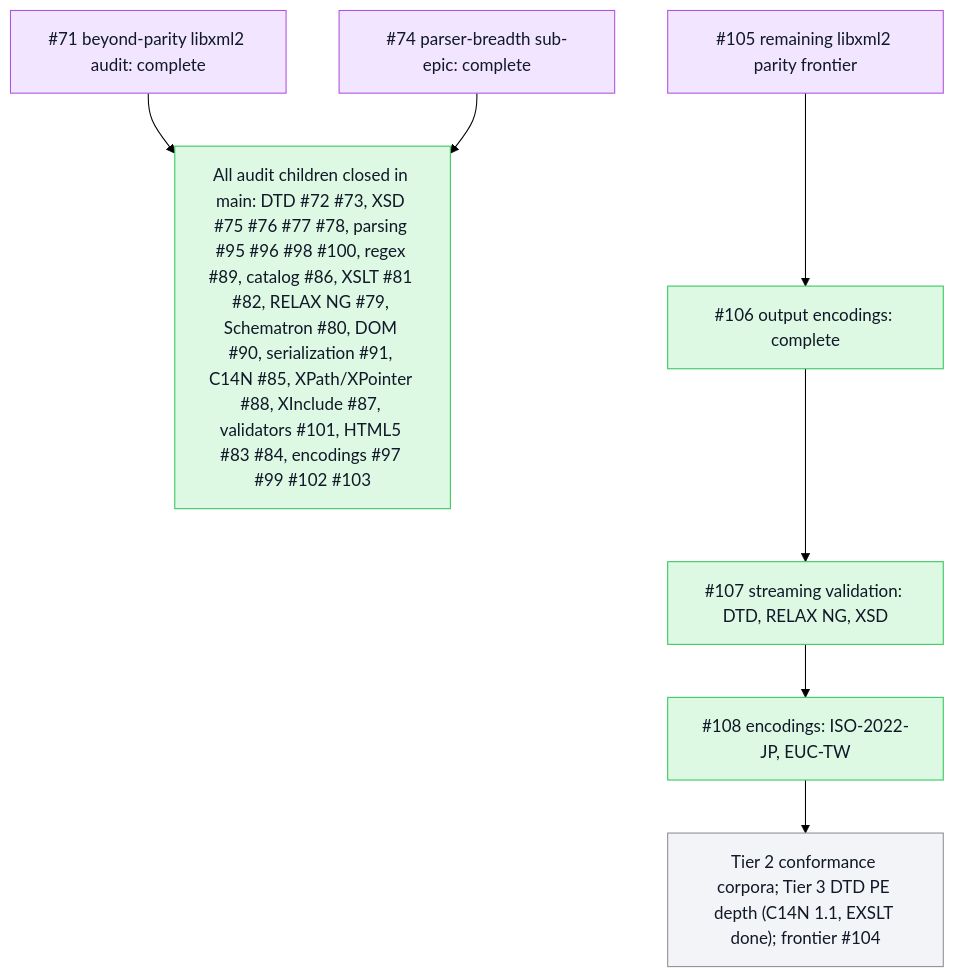
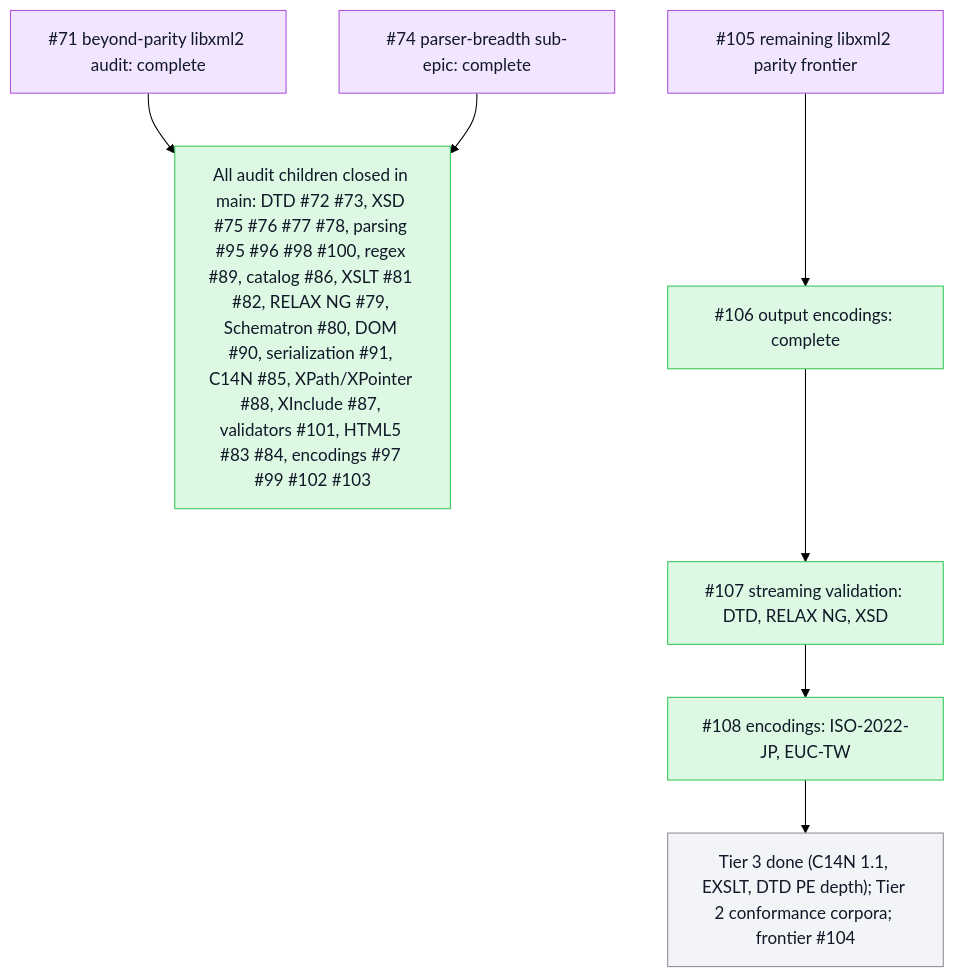
The second of 2 diagrams in README.md (mihaelamj/PureXML), drawn with Mermaid (forest theme) before and after one commit. The commit also changed other lines of this file and 1 other file, not shown here.

Commit message:
test(dtd): verify parameter-entity and external-subset depth
Add depth tests confirming the existing DTD machinery handles parameter
entities within element-model and attribute-list declarations, deep (5-level)
PE composition, and an external subset that itself loads a further external
parameter entity through the resolver. The Tier-3 DTD PE / external-subset
depth item was already implemented; these lock it to full depth. (The XML
1.0 PE-reference spacing rule, leading/trailing space on DTD-content
inclusion, remains a known minor non-conformance.)

Part of #105 (Tier 3)

````diff
--- a/README.md
+++ b/README.md
@@ -76,21 +76,21 @@
 ```mermaid
 flowchart TB
   classDef done fill:#ddf9e4,stroke:#34c759,color:#111827
   classDef review fill:#fff7d6,stroke:#ffcc00,color:#111827
   classDef epic fill:#f2e5ff,stroke:#af52de,color:#111827
   classDef todo fill:#f2f4f7,stroke:#8e8e93,color:#111827
   Epic71["#71 beyond-parity libxml2 audit: complete"]:::epic
   Epic74["#74 parser-breadth sub-epic: complete"]:::epic
   Done["All audit children closed in main: DTD #72 #73, XSD #75 #76 #77 #78, parsing #95 #96 #98 #100, regex #89, catalog #86, XSLT #81 #82, RELAX NG #79, Schematron #80, DOM #90, serialization #91, C14N #85, XPath/XPointer #88, XInclude #87, validators #101, HTML5 #83 #84, encodings #97 #99 #102 #103"]:::done
   Epic71 --> Done
   Epic74 --> Done
   Epic105["#105 remaining libxml2 parity frontier"]:::epic
   OutEnc["#106 output encodings: complete"]:::done
   StreamVal["#107 streaming validation: DTD, RELAX NG, XSD"]:::done
   MoreEnc["#108 encodings: ISO-2022-JP, EUC-TW"]:::done
-  Depth["Tier 2 conformance corpora; Tier 3 DTD PE depth (C14N 1.1, EXSLT done); frontier #104"]:::todo
+  Depth["Tier 3 done (C14N 1.1, EXSLT, DTD PE depth); Tier 2 conformance corpora; frontier #104"]:::todo
   Epic105 --> OutEnc
   OutEnc --> StreamVal
   StreamVal --> MoreEnc
   MoreEnc --> Depth
 ```
````
